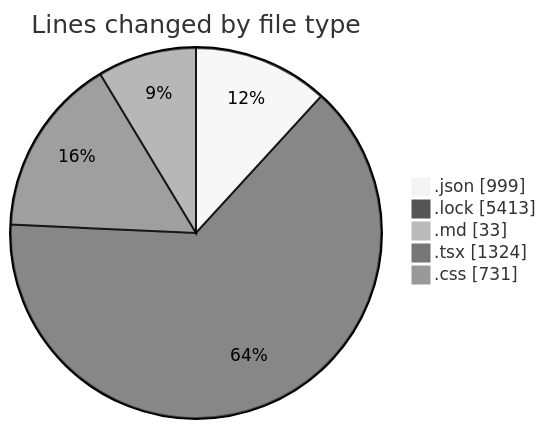
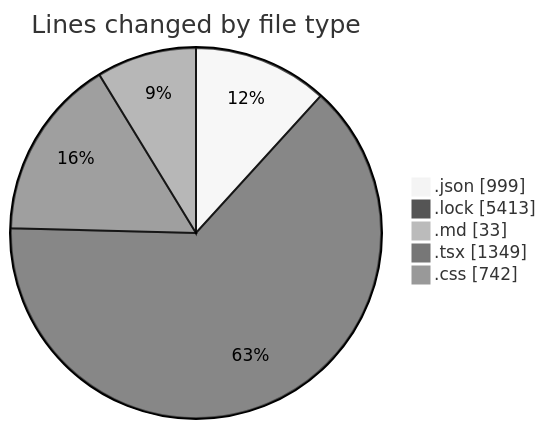
One commit to EIIisD/code-tracking changed the first of 2 diagrams in 2025-08-11/ribbon/README.md. Above: the diagram before and after it, drawn with Mermaid (neutral theme). The commit also changed other lines of this file and 1 other file, not shown here.

````diff
--- a/2025-08-11/ribbon/README.md
+++ b/2025-08-11/ribbon/README.md
@@ -40,9 +40,9 @@
 ```mermaid
 pie showData
 title Lines changed by file type
 ".json" : 999
 ".lock" : 5413
 ".md" : 33
-".tsx" : 1324
-".css" : 731
+".tsx" : 1349
+".css" : 742
 ```
````
